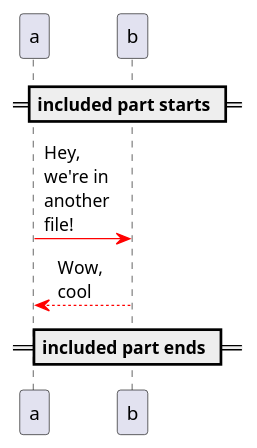
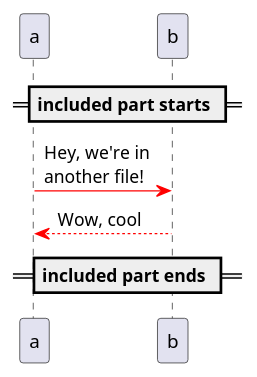
The diagram in include_part_a.puml (NEKharichkin/analyst-boost), drawn with PlantUML before and after one commit. The commit also changed 1 other file, not shown here.

```diff
--- a/include_part_a.puml
+++ b/include_part_a.puml
@@ -1,8 +1,7 @@
 @startuml include_part_a
-skinparam MaxMessageSize 50
+skinparam MaxMessageSize 100
 == included part starts ==
 a-[#red]>b: Hey, we're in another file!
 a<-[#red]-b: Wow, cool
 == included part ends ==
-
 @enduml
```
